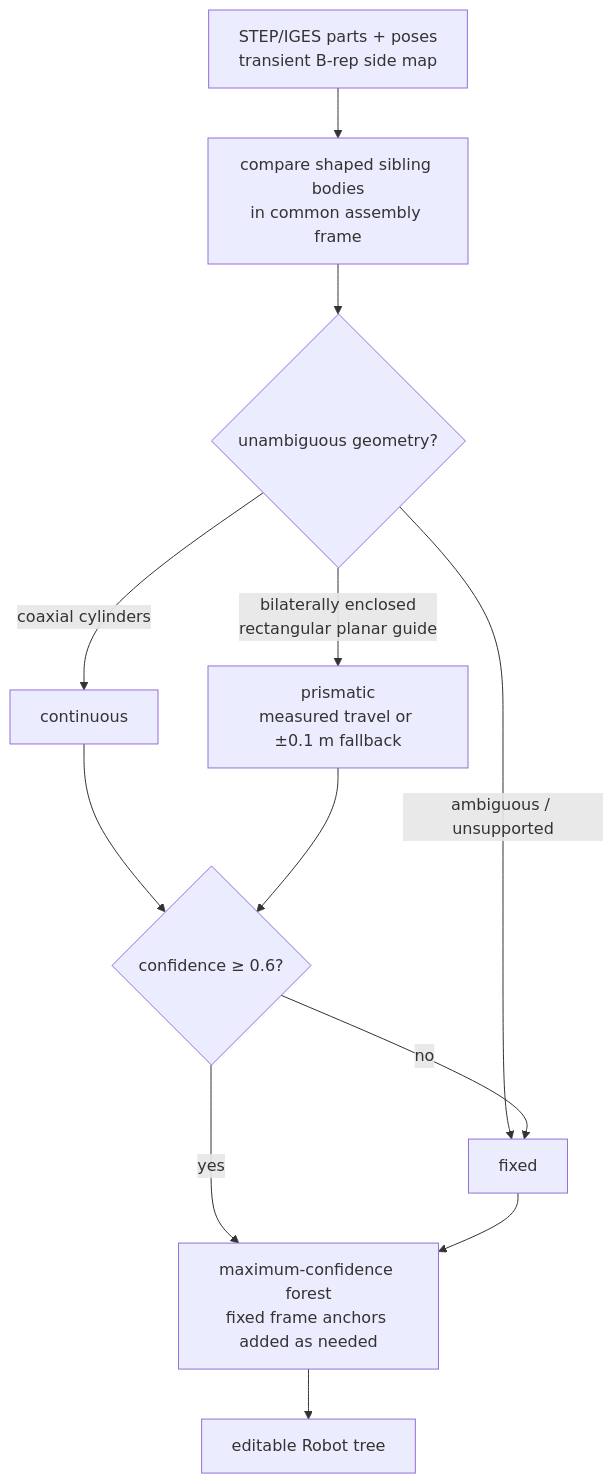
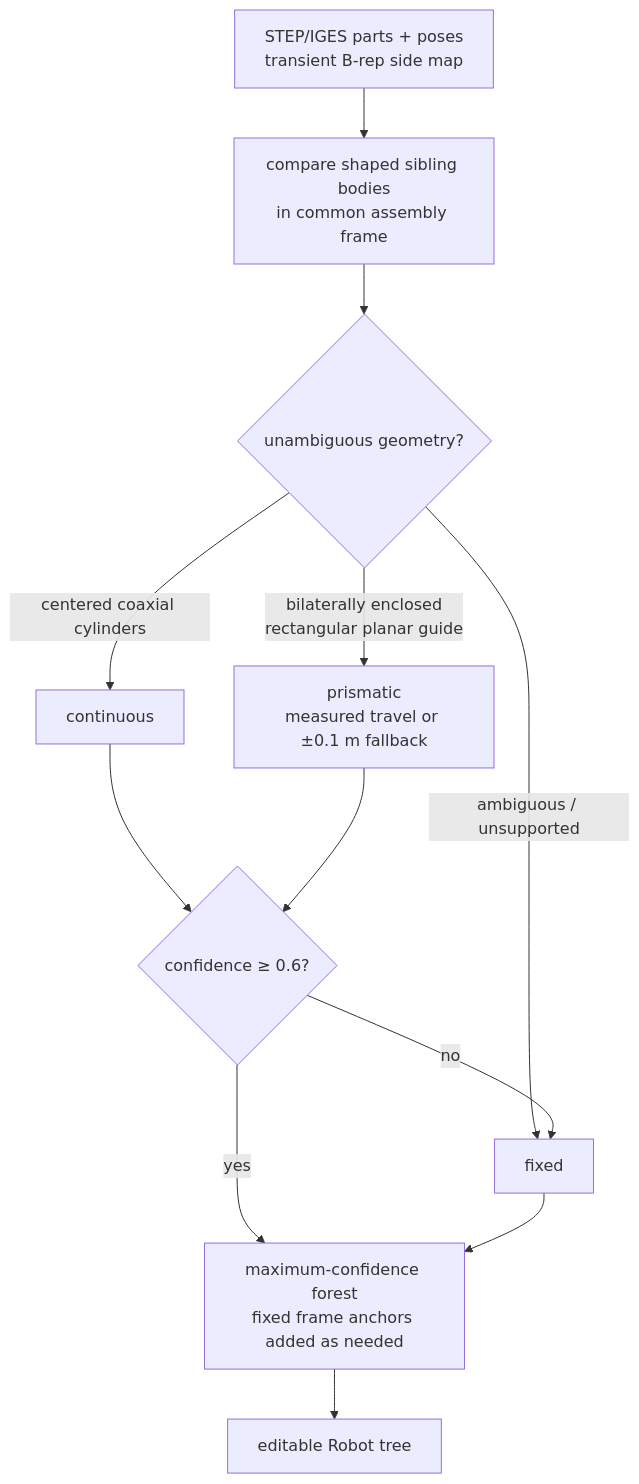
One commit to boelnasr/CAD_TO_URDF changed the fifth of 11 diagrams in README.md. Above: the diagram before and after it, drawn with Mermaid. The commit also changed other lines of this file and 4 other files, not shown here.

````diff
--- a/README.md
+++ b/README.md
@@ -457,14 +457,14 @@
 ```mermaid
 flowchart TD
     A["STEP/IGES parts + poses<br/>transient B-rep side map"] --> B["compare shaped sibling bodies<br/>in common assembly frame"]
     B --> C{"unambiguous geometry?"}
-    C -->|"coaxial cylinders"| E["continuous"]
+    C -->|"centered coaxial cylinders"| E["continuous"]
     C -->|"bilaterally enclosed<br/>rectangular planar guide"| G["prismatic<br/>measured travel or ±0.1 m fallback"]
     C -->|"ambiguous / unsupported"| H["fixed"]
     E --> I{"confidence ≥ 0.6?"}
     G --> I
     I -->|no| H
     I -->|yes| J["maximum-confidence forest<br/>fixed frame anchors added as needed"]
     H --> J
     J --> K["editable Robot tree"]
 ```
````
